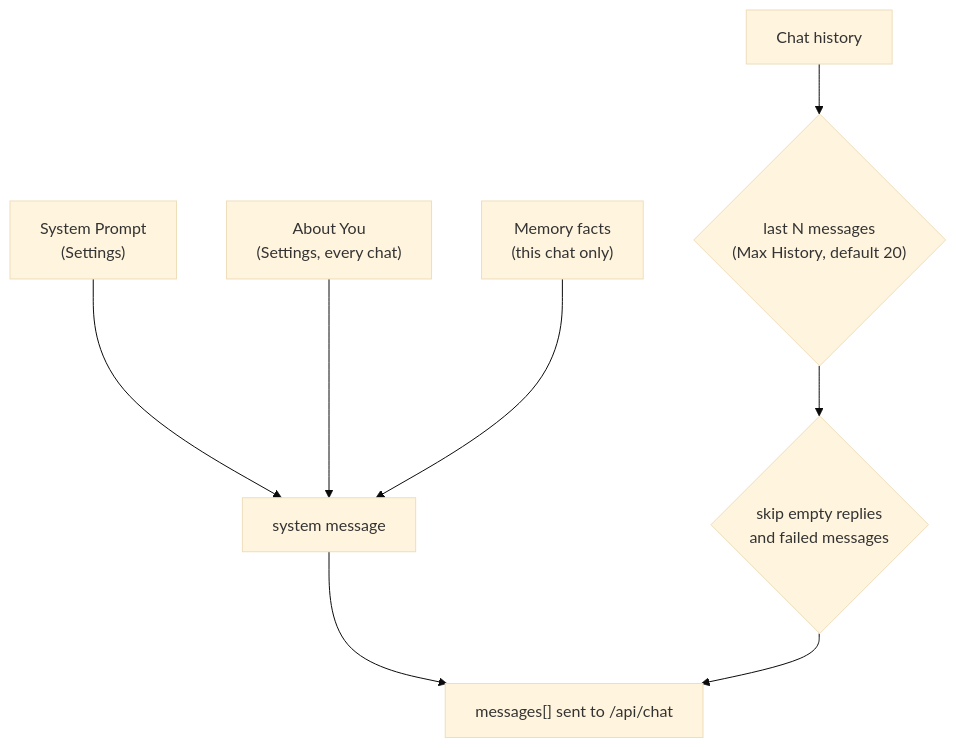
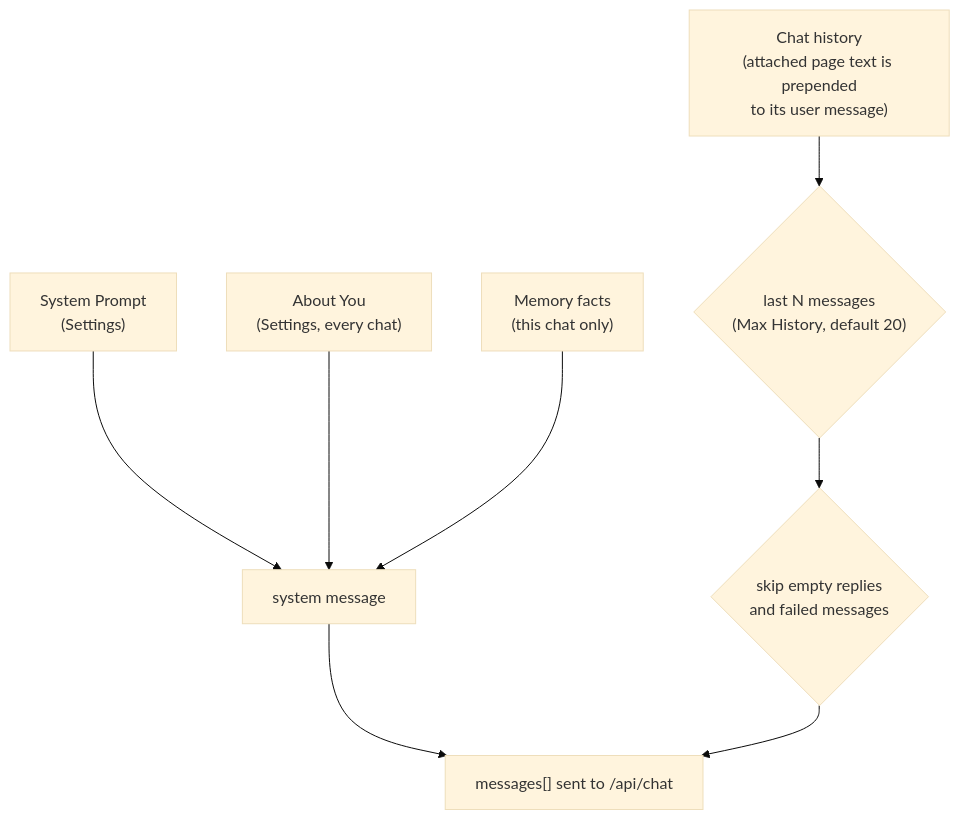
Before and after one commit to rahul-aot/local-llm-sidepanel: the third of 6 diagrams in docs/ARCHITECTURE.md, drawn with Mermaid (base theme). The commit also changed other lines of this file and 10 other files, not shown here.

````diff
--- a/docs/ARCHITECTURE.md
+++ b/docs/ARCHITECTURE.md
@@ -85,11 +85,11 @@
 ```mermaid
 flowchart TD
   SP["System Prompt<br/>(Settings)"] --> SYS
   AY["About You<br/>(Settings, every chat)"] --> SYS
   MF["Memory facts<br/>(this chat only)"] --> SYS
   SYS["system message"] --> OUT
 
-  H["Chat history"] --> F1{"last N messages<br/>(Max History, default 20)"}
+  H["Chat history<br/>(attached page text is prepended<br/>to its user message)"] --> F1{"last N messages<br/>(Max History, default 20)"}
   F1 --> F2{"skip empty replies<br/>and failed messages"}
   F2 --> OUT["messages[] sent to /api/chat"]
 ```
````
